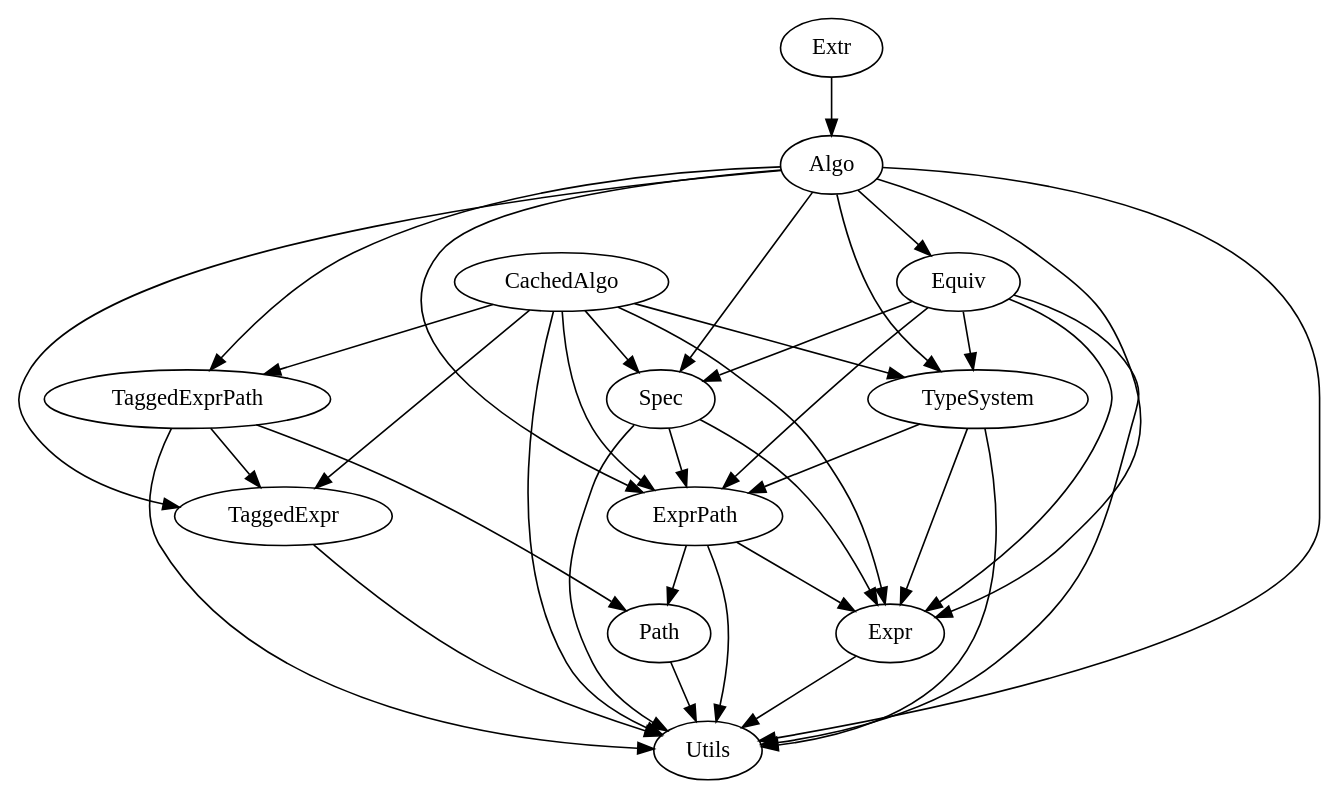
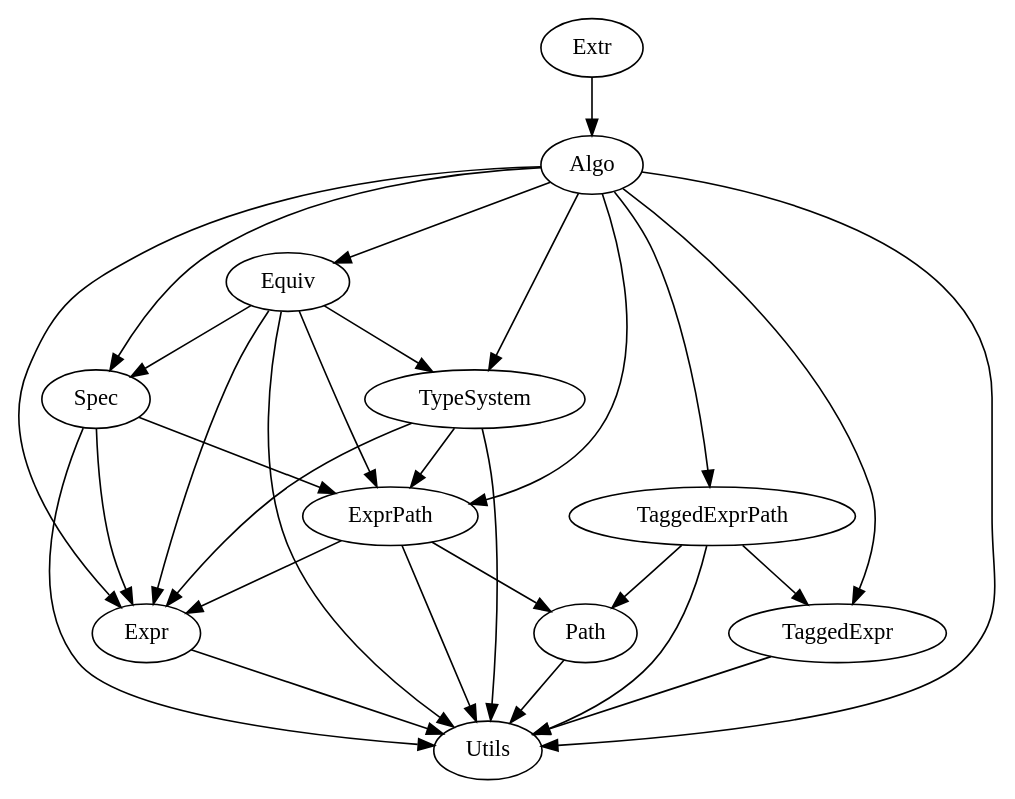
Before and after one commit to desfreng/Verilog-Typing: the diagram in Rocq/src/dependencies.dot, drawn with Graphviz.

Commit message:
Commented Unused Modules

```diff
--- a/Rocq/src/dependencies.dot
+++ b/Rocq/src/dependencies.dot
@@ -1,61 +1,61 @@
 digraph depend {
     Algo [label="Algo", URL="Verilog.Algo.html"];
-    CachedAlgo [label="CachedAlgo", URL="Verilog.CachedAlgo.html"];
+    // CachedAlgo [label="CachedAlgo", URL="Verilog.CachedAlgo.html"];
     Equiv [label="Equiv", URL="Verilog.Equiv.html"];
     Expr [label="Expr", URL="Verilog.Expr.html"];
     ExprPath [label="ExprPath", URL="Verilog.ExprPath.html"];
     Extr [label="Extr", URL="Verilog.Extr.html"];
     Path [label="Path", URL="Verilog.Path.html"];
     Spec [label="Spec", URL="Verilog.Spec.html"];
     TaggedExpr [label="TaggedExpr", URL="Verilog.TaggedExpr.html"];
     TaggedExprPath [label="TaggedExprPath", URL="Verilog.TaggedExprPath.html"];
     TypeSystem [label="TypeSystem", URL="Verilog.TypeSystem.html"];
     Utils [label="Utils", URL="Verilog.Utils.html"];
 
     Algo -> Expr;
     Algo -> ExprPath;
     Algo -> TaggedExpr;
     Algo -> TaggedExprPath;
     Algo -> TypeSystem;
     Algo -> Spec;
     Algo -> Equiv;
     Algo -> Utils;
 
-    CachedAlgo -> Expr;
-    CachedAlgo -> ExprPath;
-    CachedAlgo -> TaggedExpr;
-    CachedAlgo -> TaggedExprPath;
-    CachedAlgo -> TypeSystem;
-    CachedAlgo -> Spec;
-    CachedAlgo -> Utils;
+    // CachedAlgo -> Expr;
+    // CachedAlgo -> ExprPath;
+    // CachedAlgo -> TaggedExpr;
+    // CachedAlgo -> TaggedExprPath;
+    // CachedAlgo -> TypeSystem;
+    // CachedAlgo -> Spec;
+    // CachedAlgo -> Utils;
 
     Equiv -> Expr;
     Equiv ->  ExprPath;
     Equiv -> Spec;
     Equiv -> TypeSystem;
     Equiv -> Utils;
 
     Expr -> Utils;
 
     ExprPath -> Expr;
     ExprPath -> Path;
     ExprPath -> Utils;
 
     Extr -> Algo;
 
     Path -> Utils;
 
     Spec -> Expr;
     Spec -> ExprPath;
     Spec -> Utils;
 
     TaggedExpr -> Utils;
 
     TaggedExprPath -> TaggedExpr;
     TaggedExprPath -> Path;
     TaggedExprPath -> Utils;
 
     TypeSystem -> Expr;
     TypeSystem -> ExprPath;
     TypeSystem -> Utils;
 }
```
